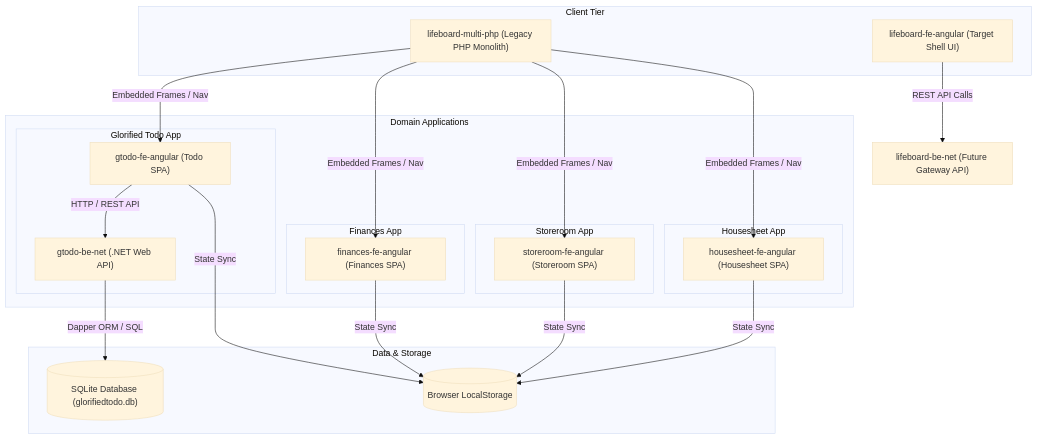
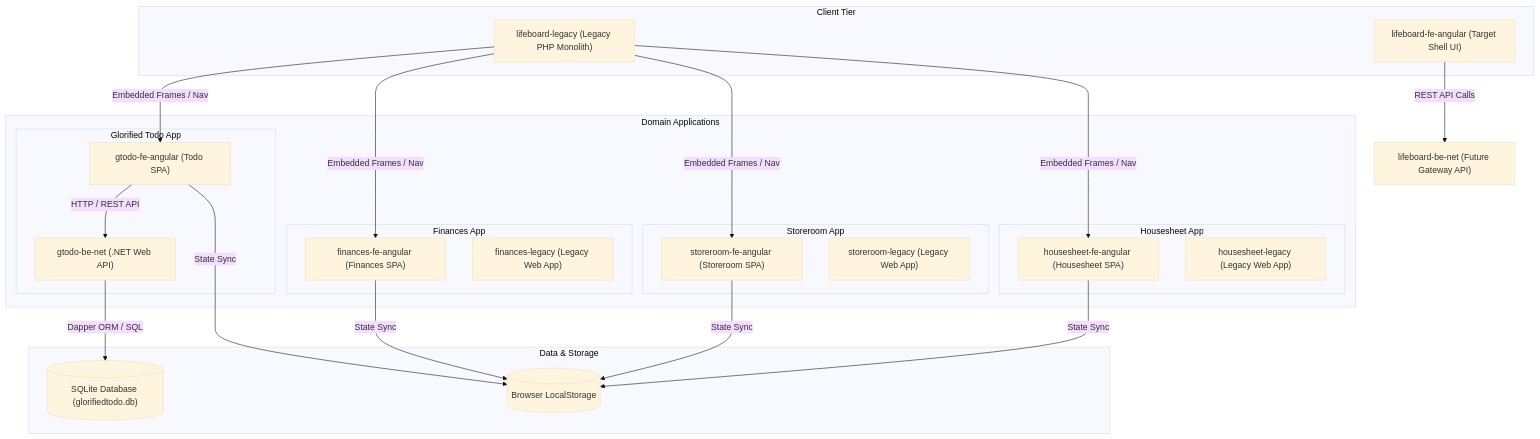
The diagram in docs/ARCHITECTURE.md (G3Labz/lifeboard), drawn with Mermaid (base theme) before and after one commit. The commit also changed other lines of this file and 4 other files, not shown here.

Commit message:
feat: update {projectName}-legacy submodules and system architecture

````diff
--- a/docs/ARCHITECTURE.md
+++ b/docs/ARCHITECTURE.md
@@ -36,46 +37,49 @@
 ```mermaid
 graph TD
     subgraph Client Tier
         L_FE["lifeboard-fe-angular (Target Shell UI)"]
-        L_PHP["lifeboard-multi-php (Legacy PHP Monolith)"]
+        L_PHP["lifeboard-legacy (Legacy PHP Monolith)"]
     end
 
     subgraph Domain Applications
         subgraph Finances App
             FIN_FE["finances-fe-angular (Finances SPA)"]
+            FIN_LEG["finances-legacy (Legacy Web App)"]
         end
 
         subgraph Storeroom App
             STO_FE["storeroom-fe-angular (Storeroom SPA)"]
+            STO_LEG["storeroom-legacy (Legacy Web App)"]
         end
 
         subgraph Housesheet App
             HOU_FE["housesheet-fe-angular (Housesheet SPA)"]
+            HOU_LEG["housesheet-legacy (Legacy Web App)"]
         end
 
         subgraph Glorified Todo App
             GT_FE["gtodo-fe-angular (Todo SPA)"]
             GT_BENET["gtodo-be-net (.NET Web API)"]
         end
     end
 
     subgraph Data & Storage
         SQLITE_GT[("SQLite Database (glorifiedtodo.db)")]
         LOCAL_STORAGE[("Browser LocalStorage")]
     end
 
     L_PHP -->|Embedded Frames / Nav| FIN_FE
     L_PHP -->|Embedded Frames / Nav| STO_FE
     L_PHP -->|Embedded Frames / Nav| HOU_FE
     L_PHP -->|Embedded Frames / Nav| GT_FE
 
     L_FE -->|REST API Calls| L_BENET["lifeboard-be-net (Future Gateway API)"]
     
     GT_FE -->|HTTP / REST API| GT_BENET
     GT_FE -->|State Sync| LOCAL_STORAGE
     FIN_FE -->|State Sync| LOCAL_STORAGE
     STO_FE -->|State Sync| LOCAL_STORAGE
     HOU_FE -->|State Sync| LOCAL_STORAGE
 
     GT_BENET -->|Dapper ORM / SQL| SQLITE_GT
 ```
````
